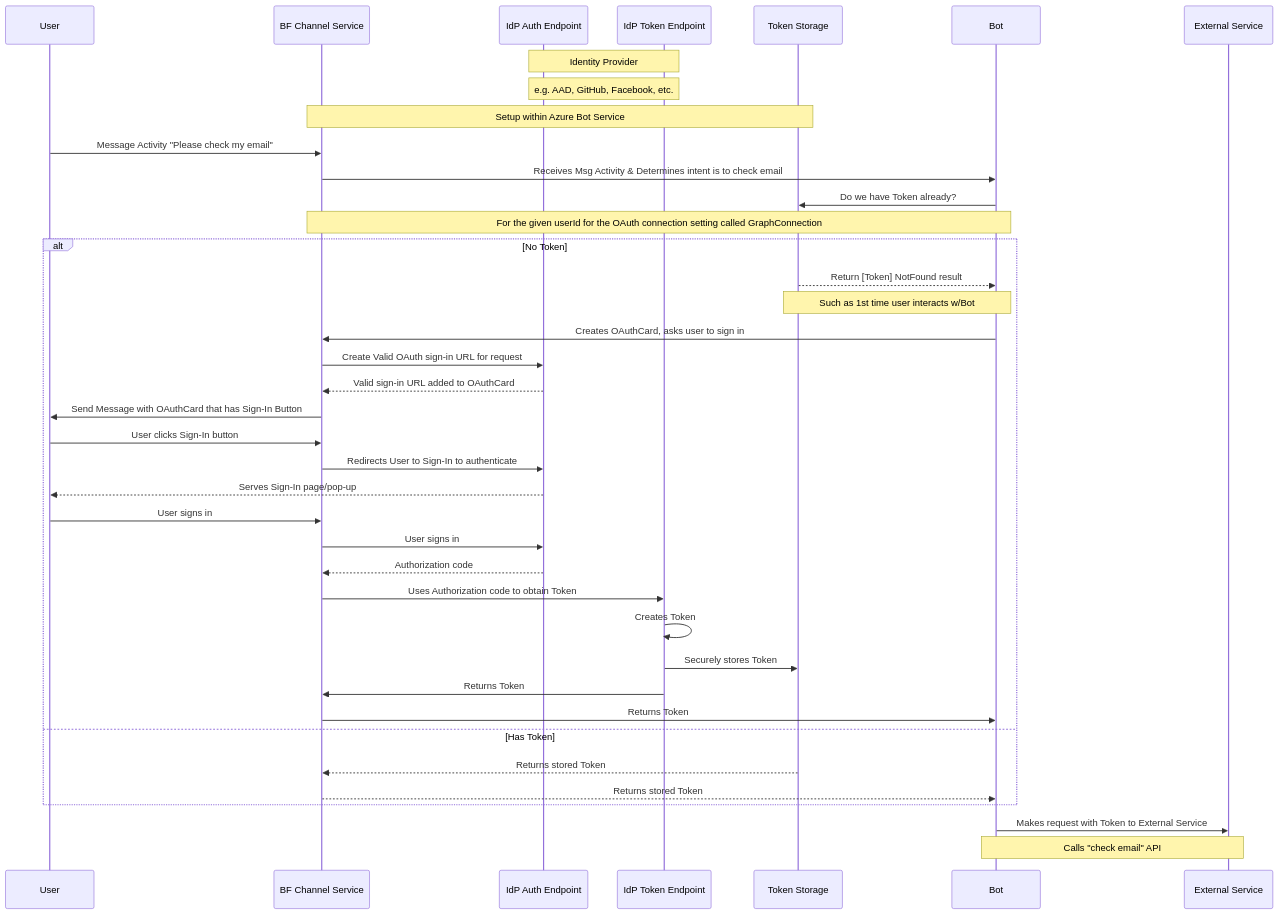
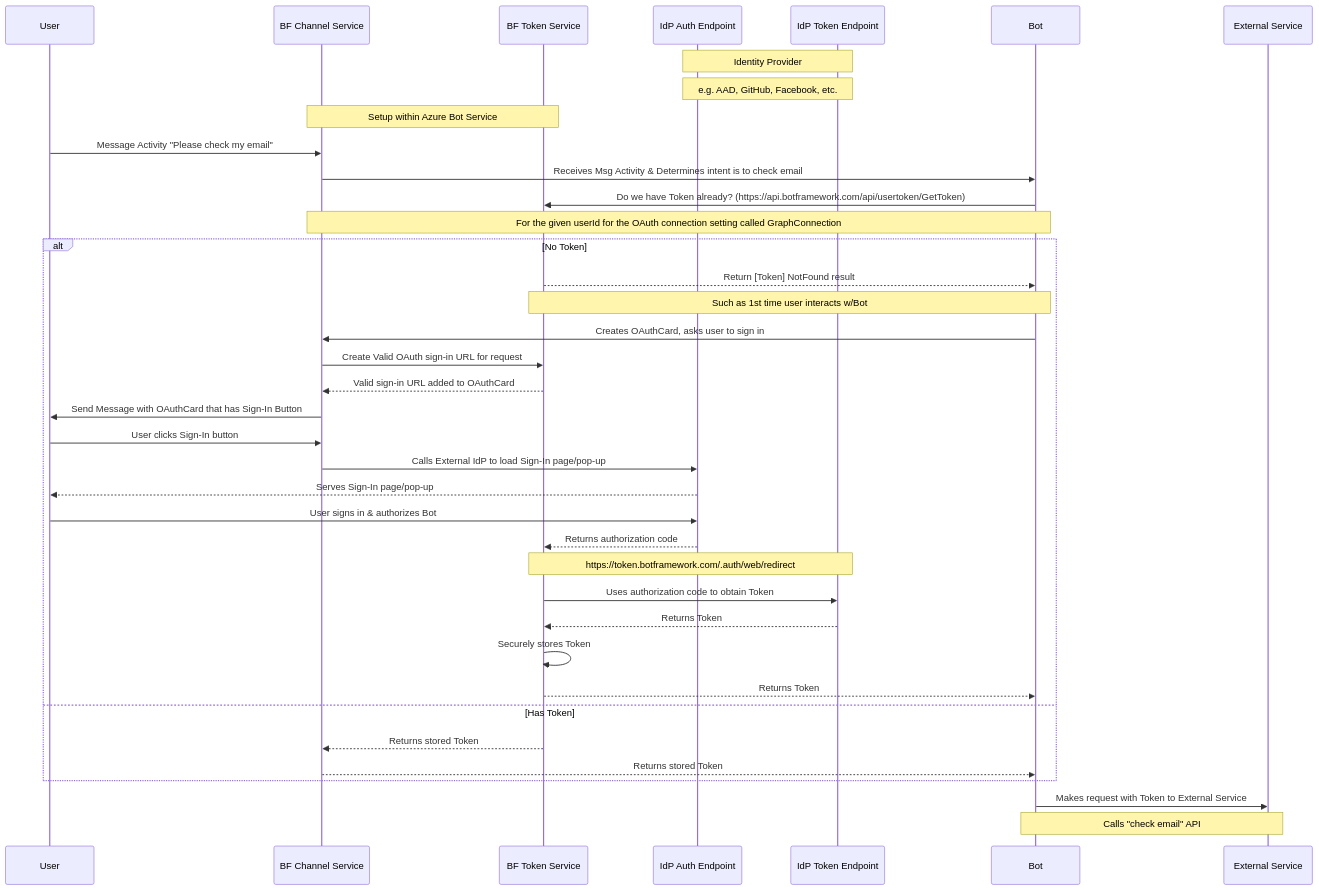
One commit to Zerryth/Mermaid changed the fourth of 4 diagrams in MarkdownFiles/Authentication/AuthenticationDocExampleSeqDiagram.md. Above: the diagram before and after it, drawn with Mermaid. The commit also changed 1 other file, not shown here.

Commit message:
Updated actual oauth flow to use Bot Framework Token Service

````diff
--- a/MarkdownFiles/Authentication/AuthenticationDocExampleSeqDiagram.md
+++ b/MarkdownFiles/Authentication/AuthenticationDocExampleSeqDiagram.md
@@ -103,46 +103,45 @@
 ```mermaid
 sequenceDiagram
 
 participant User
 participant BFCS as BF Channel Service
+participant BFTS as BF Token Service
 participant IdPAuth as IdP Auth Endpoint
 participant IdPToken as IdP Token Endpoint
-participant TokenStorage as Token Storage
 Note over IdPAuth, IdPToken: Identity Provider
 Note over IdPAuth, IdPToken: e.g. AAD, GitHub, Facebook, etc.
-Note over BFCS, TokenStorage: Setup within Azure Bot Service
+Note over BFCS, BFTS: Setup within Azure Bot Service
 participant Bot
 participant ExternalService as External Service
 
 
 User ->> BFCS: Message Activity "Please check my email"
 BFCS ->> Bot: Receives Msg Activity & Determines intent is to check email
-Bot ->> TokenStorage: Do we have Token already?
+Bot ->> BFTS: Do we have Token already? (https://api.botframework.com/api/usertoken/GetToken)
 Note over BFCS, Bot: For the given userId for the OAuth connection setting called GraphConnection
 alt No Token
-    TokenStorage -->> Bot: Return [Token] NotFound result
-    Note over TokenStorage, Bot: Such as 1st time user interacts w/Bot
+    BFTS -->> Bot: Return [Token] NotFound result
+    Note over BFTS, Bot: Such as 1st time user interacts w/Bot
     Bot ->> BFCS: Creates OAuthCard, asks user to sign in
-    BFCS ->> IdPAuth: Create Valid OAuth sign-in URL for request
-    IdPAuth -->> BFCS: Valid sign-in URL added to OAuthCard
+    BFCS ->> BFTS: Create Valid OAuth sign-in URL for request
+    BFTS -->> BFCS: Valid sign-in URL added to OAuthCard
     BFCS ->> User: Send Message with OAuthCard that has Sign-In Button
     User ->> BFCS: User clicks Sign-In button
-    BFCS ->> IdPAuth: Redirects User to Sign-In to authenticate
+    BFCS ->> IdPAuth: Calls External IdP to load Sign-In page/pop-up
     IdPAuth -->> User: Serves Sign-In page/pop-up
-    User ->> BFCS: User signs in
-    BFCS ->> IdPAuth: User signs in
-    IdPAuth -->> BFCS: Authorization code
-    BFCS ->> IdPToken: Uses Authorization code to obtain Token
-    IdPToken ->> IdPToken: Creates Token
-    IdPToken ->> TokenStorage: Securely stores Token
-    IdPToken ->> BFCS: Returns Token
-    BFCS ->> Bot: Returns Token
+    User ->> IdPAuth: User signs in & authorizes Bot
+    IdPAuth -->> BFTS: Returns authorization code
+    Note over BFTS, IdPToken: https://token.botframework.com/.auth/web/redirect
+    BFTS ->> IdPToken: Uses authorization code to obtain Token
+    IdPToken -->> BFTS: Returns Token
+    BFTS ->> BFTS: Securely stores Token
+    BFTS -->> Bot: Returns Token
 else Has Token
-    TokenStorage -->> BFCS: Returns stored Token
+    BFTS -->> BFCS: Returns stored Token
     BFCS -->> Bot: Returns stored Token
 end
 
 Bot ->> ExternalService: Makes request with Token to External Service
 Note over Bot, ExternalService: Calls "check email" API
 
 ```
````
